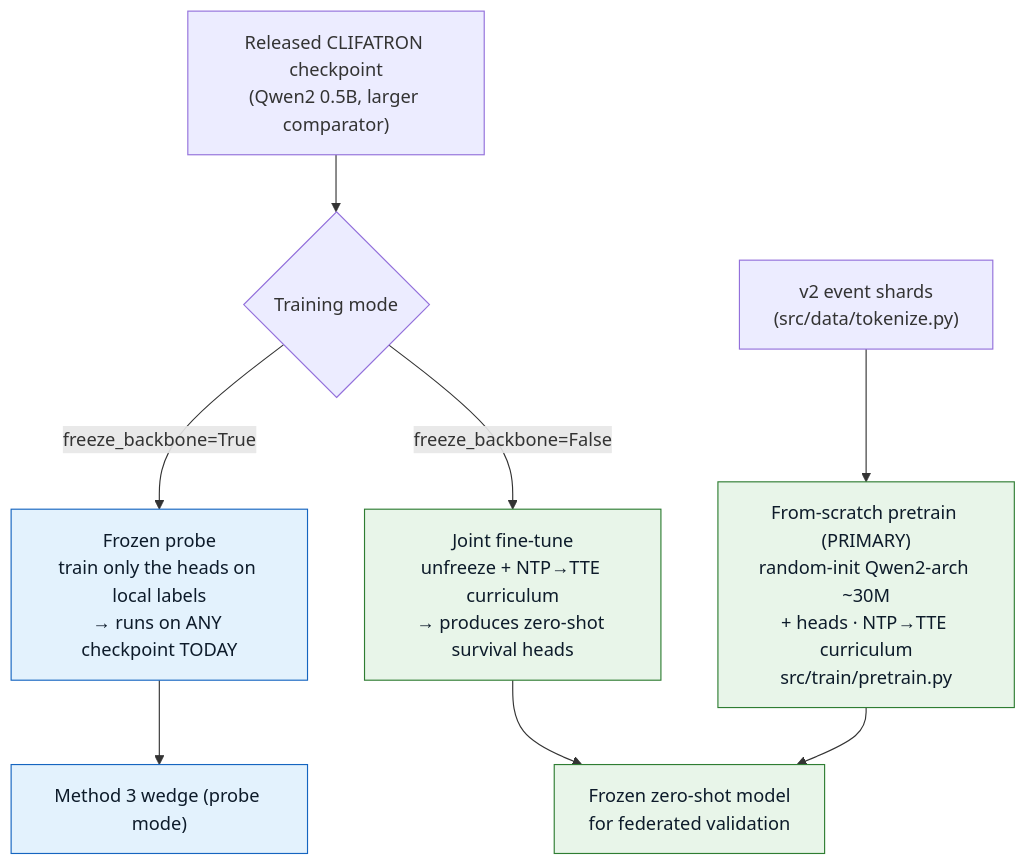
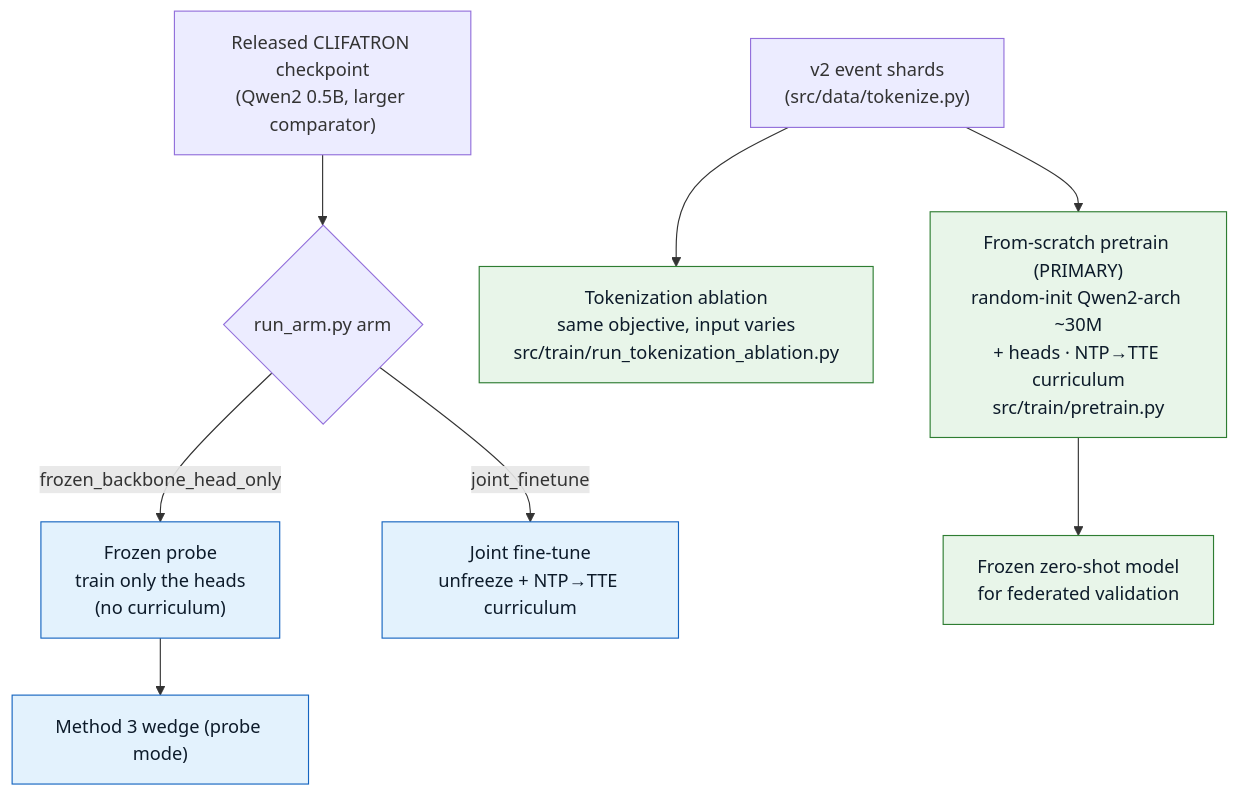
One commit to sajor2000/clifatron2.0 changed the fourth of 4 diagrams in website/docs/objectives-training.md. Above: the diagram before and after it, drawn with Mermaid. The commit also changed other lines of this file and 20 other files, not shown here.

First line of the commit message:
feat(train): curriculum by optimizer update, objective arms, fixed loss weights (U4)

````diff
--- a/website/docs/objectives-training.md
+++ b/website/docs/objectives-training.md
@@ -113,17 +198,17 @@
 ```mermaid
 flowchart TB
     SHARDS["v2 event shards<br/>(src/data/tokenize.py)"] --> SCRATCH["From-scratch pretrain (PRIMARY)<br/>random-init Qwen2-arch ~30M<br/>+ heads · NTP→TTE curriculum<br/>src/train/pretrain.py"]
-    CKPT["Released CLIFATRON checkpoint<br/>(Qwen2 0.5B, larger comparator)"] --> MODE{Training mode}
+    SHARDS --> TOK["Tokenization ablation<br/>same objective, input varies<br/>src/train/run_tokenization_ablation.py"]
+    CKPT["Released CLIFATRON checkpoint<br/>(Qwen2 0.5B, larger comparator)"] --> MODE{run_arm.py arm}
 
-    MODE -->|"freeze_backbone=True"| FROZEN["Frozen probe<br/>train only the heads on local labels<br/>→ runs on ANY checkpoint TODAY"]
-    MODE -->|"freeze_backbone=False"| JOINT["Joint fine-tune<br/>unfreeze + NTP→TTE curriculum<br/>→ produces zero-shot survival heads"]
+    MODE -->|"frozen_backbone_head_only"| FROZEN["Frozen probe<br/>train only the heads<br/>(no curriculum)"]
+    MODE -->|"joint_finetune"| JOINT["Joint fine-tune<br/>unfreeze + NTP→TTE curriculum"]
 
     FROZEN --> M3["Method 3 wedge (probe mode)"]
     SCRATCH --> FED["Frozen zero-shot model<br/>for federated validation"]
-    JOINT --> FED
 
     classDef a fill:#e3f2fd,stroke:#1565c0,color:#0d1b2a;
     classDef b fill:#e8f5e9,stroke:#2e7d32,color:#0d1b2a;
-    class FROZEN,M3 a;
-    class SCRATCH,JOINT,FED b;
+    class FROZEN,M3,JOINT a;
+    class SCRATCH,TOK,FED b;
 ```
````
